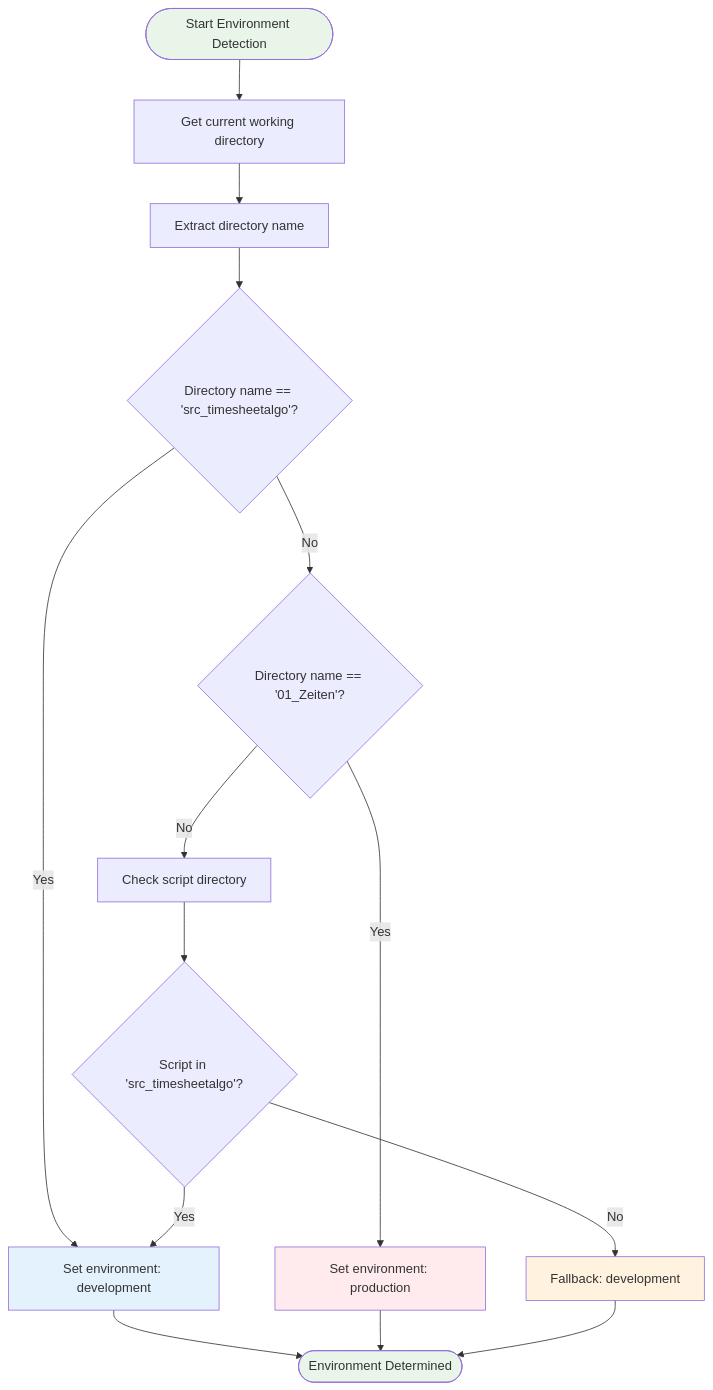
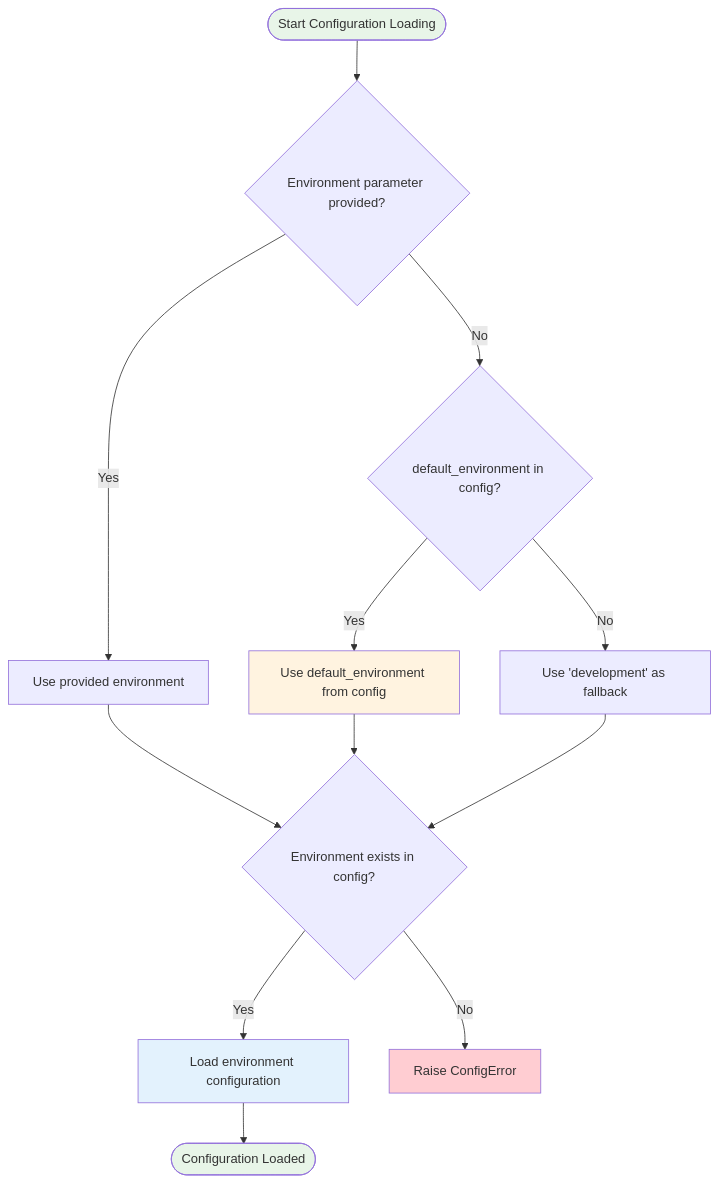
Before and after one commit to DedeHa/TimeSheet: the third of 7 diagrams in doc/Architecture_Diagrams.md, drawn with Mermaid. The commit also changed other lines of this file and 5 other files, not shown here.

````diff
--- a/doc/Architecture_Diagrams.md
+++ b/doc/Architecture_Diagrams.md
@@ -86,43 +87,40 @@
 ```mermaid
 flowchart TD
-    START([Start Environment Detection])
+    START([Start Configuration Loading])
     
-    GET_CWD[Get current working directory]
-    GET_NAME[Extract directory name]
+    CHECK_PARAM{Environment parameter provided?}
+    USE_PARAM[Use provided environment]
     
-    CHECK_SRC{Directory name == 'src_timesheetalgo'?}
-    SET_DEV[Set environment: development]
+    CHECK_DEFAULT{default_environment in config?}
+    USE_DEFAULT[Use default_environment from config]
+    USE_DEV[Use 'development' as fallback]
     
-    CHECK_ZEITEN{Directory name == '01_Zeiten'?}
-    SET_PROD[Set environment: production]
+    VALIDATE{Environment exists in config?}
+    LOAD_ENV[Load environment configuration]
+    RAISE_ERROR[Raise ConfigError]
     
-    CHECK_SCRIPT[Check script directory]
-    SCRIPT_SRC{Script in 'src_timesheetalgo'?}
-    FALLBACK_DEV[Fallback: development]
+    END([Configuration Loaded])
     
-    END([Environment Determined])
+    START --> CHECK_PARAM
     
-    START --> GET_CWD
-    GET_CWD --> GET_NAME
-    GET_NAME --> CHECK_SRC
+    CHECK_PARAM -->|Yes| USE_PARAM
+    CHECK_PARAM -->|No| CHECK_DEFAULT
     
-    CHECK_SRC -->|Yes| SET_DEV
-    CHECK_SRC -->|No| CHECK_ZEITEN
+    CHECK_DEFAULT -->|Yes| USE_DEFAULT
+    CHECK_DEFAULT -->|No| USE_DEV
     
-    CHECK_ZEITEN -->|Yes| SET_PROD
-    CHECK_ZEITEN -->|No| CHECK_SCRIPT
+    USE_PARAM --> VALIDATE
+    USE_DEFAULT --> VALIDATE
+    USE_DEV --> VALIDATE
     
-    CHECK_SCRIPT --> SCRIPT_SRC
-    SCRIPT_SRC -->|Yes| SET_DEV
-    SCRIPT_SRC -->|No| FALLBACK_DEV
+    VALIDATE -->|Yes| LOAD_ENV
+    VALIDATE -->|No| RAISE_ERROR
     
-    SET_DEV --> END
-    SET_PROD --> END
-    FALLBACK_DEV --> END
+    LOAD_ENV --> END
     
     style START fill:#e8f5e8
     style END fill:#e8f5e8
-    style SET_PROD fill:#ffebee
-    style SET_DEV fill:#e3f2fd
-    style FALLBACK_DEV fill:#fff3e0
+    style RAISE_ERROR fill:#ffcdd2
+    style LOAD_ENV fill:#e3f2fd
+    style USE_DEFAULT fill:#fff3e0
 ```
````
